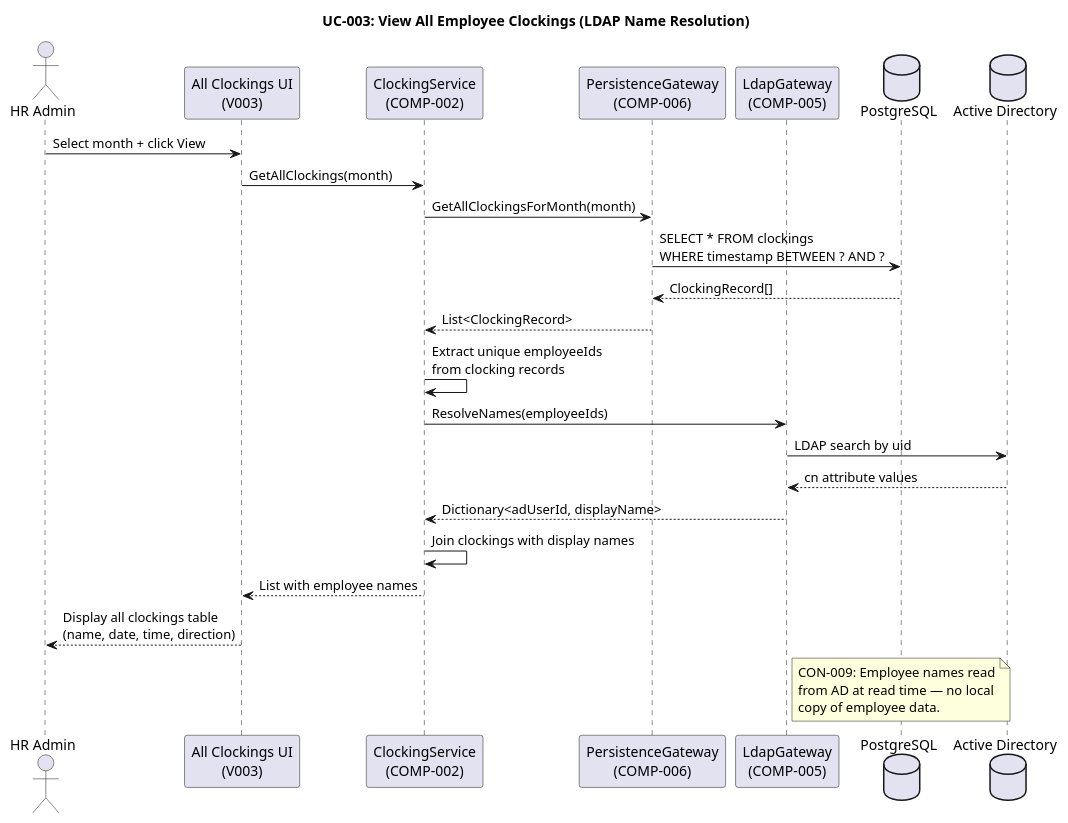
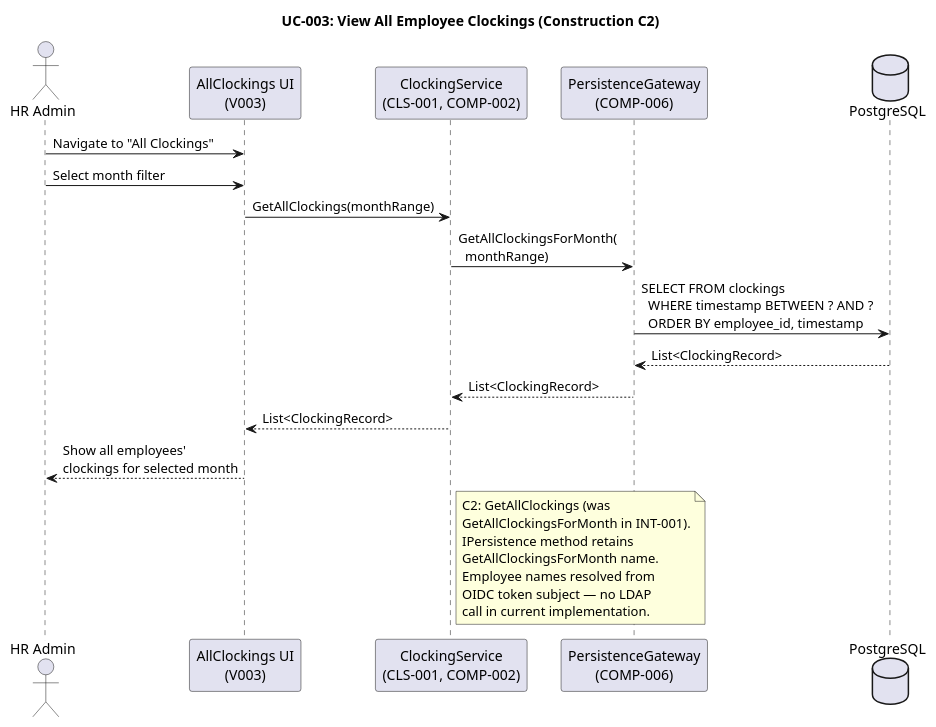
One commit to banense-test/portal-cuba-corp changed the fourth of 33 diagrams in docs/artifacts/analysis---design/design-model.md. Above: the diagram before and after it, drawn with PlantUML. The commit also changed other lines of this file, not shown here.

````diff
--- a/docs/artifacts/analysis---design/design-model.md
+++ b/docs/artifacts/analysis---design/design-model.md
@@ -366,37 +404,32 @@
 ```plantuml
 @startuml
-title UC-003: View All Employee Clockings (LDAP Name Resolution)
+title UC-003: View All Employee Clockings (Construction C2)
 
 actor "HR Admin" as HR
-participant "All Clockings UI\n(V003)" as UI
-participant "ClockingService\n(COMP-002)" as SVC
+participant "AllClockings UI\n(V003)" as UI
+participant "ClockingService\n(CLS-001, COMP-002)" as SVC
 participant "PersistenceGateway\n(COMP-006)" as DB
-participant "LdapGateway\n(COMP-005)" as LDAP
 database "PostgreSQL" as PG
-database "Active Directory" as AD
 
-HR -> UI : Select month + click View
-UI -> SVC : GetAllClockings(month)
-SVC -> DB : GetAllClockingsForMonth(month)
-DB -> PG : SELECT * FROM clockings\nWHERE timestamp BETWEEN ? AND ?
-PG --> DB : ClockingRecord[]
+HR -> UI : Navigate to "All Clockings"
+HR -> UI : Select month filter
+UI -> SVC : GetAllClockings(monthRange)
+SVC -> DB : GetAllClockingsForMonth(\n  monthRange)
+DB -> PG : SELECT FROM clockings\n  WHERE timestamp BETWEEN ? AND ?\n  ORDER BY employee_id, timestamp
+PG --> DB : List<ClockingRecord>
 DB --> SVC : List<ClockingRecord>
+SVC --> UI : List<ClockingRecord>
+UI --> HR : Show all employees'\nclockings for selected month
 
-SVC -> SVC : Extract unique employeeIds\nfrom clocking records
-SVC -> LDAP : ResolveNames(employeeIds)
-LDAP -> AD : LDAP search by uid
-AD --> LDAP : cn attribute values
-LDAP --> SVC : Dictionary<adUserId, displayName>
-
-SVC -> SVC : Join clockings with display names
-SVC --> UI : List with employee names
-UI --> HR : Display all clockings table\n(name, date, time, direction)
-
-note right of LDAP
-  CON-009: Employee names read
-  from AD at read time — no local
-  copy of employee data.
+note right of SVC
+  C2: GetAllClockings (was
+  GetAllClockingsForMonth in INT-001).
+  IPersistence method retains
+  GetAllClockingsForMonth name.
+  Employee names resolved from
+  OIDC token subject — no LDAP
+  call in current implementation.
 end note
 
 @enduml
 ```
````
